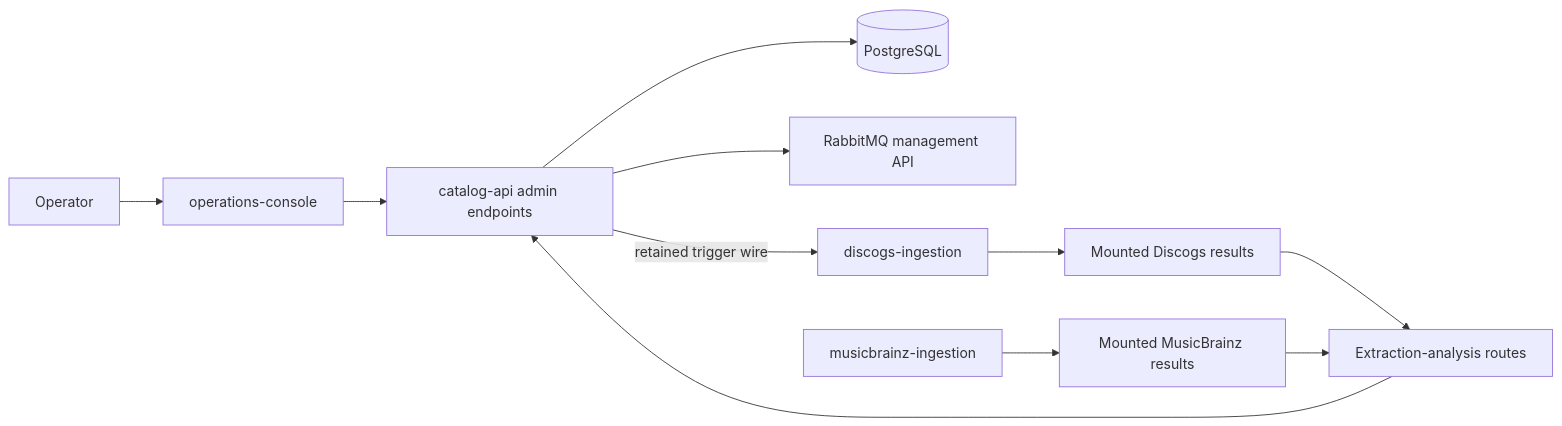
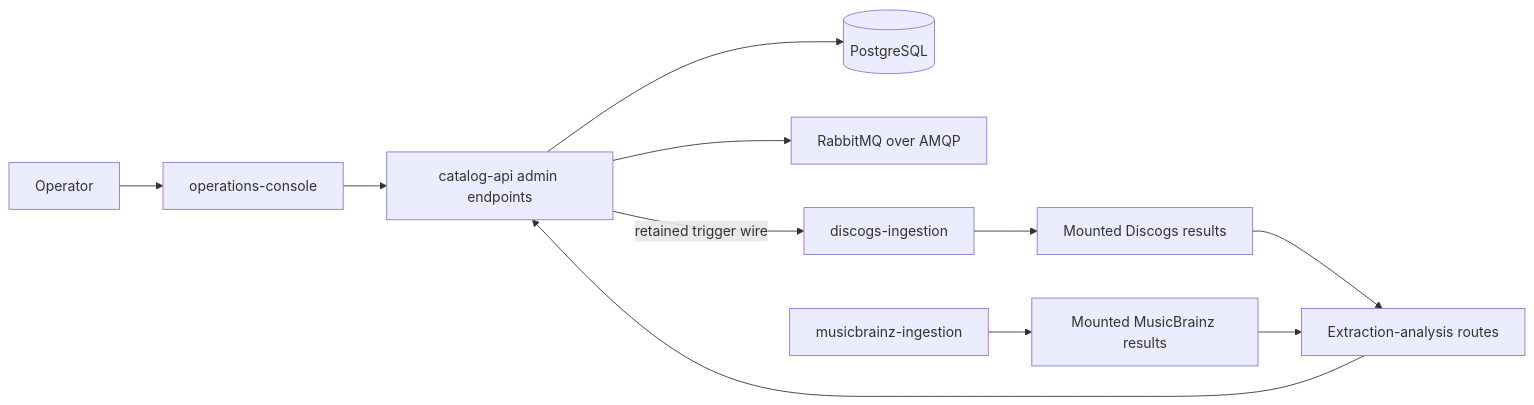
One commit to groovemap-music/catalog-api changed the diagram in docs/admin-guide.md. Above: the diagram before and after it, drawn with Mermaid. The commit also changed other lines of this file and 7 other files, not shown here.

First line of the commit message:
feat(admin): purge dead-letter queues over AMQP instead of the management API

````diff
--- a/docs/admin-guide.md
+++ b/docs/admin-guide.md
@@ -9,13 +9,13 @@
 ```mermaid
 flowchart LR
     Operator[Operator] --> Console[operations-console]
     Console --> AdminAPI[catalog-api admin endpoints]
     AdminAPI --> PostgreSQL[(PostgreSQL)]
-    AdminAPI --> RabbitMQ[RabbitMQ management API]
+    AdminAPI --> RabbitMQ[RabbitMQ over AMQP]
     AdminAPI -->|retained trigger wire| Discogs[discogs-ingestion]
     Discogs --> DiscogsResults[Mounted Discogs results]
     MusicBrainz[musicbrainz-ingestion] --> MusicBrainzResults[Mounted MusicBrainz results]
     DiscogsResults --> Analysis[Extraction-analysis routes]
     MusicBrainzResults --> Analysis
     Analysis --> AdminAPI
 ```
````
